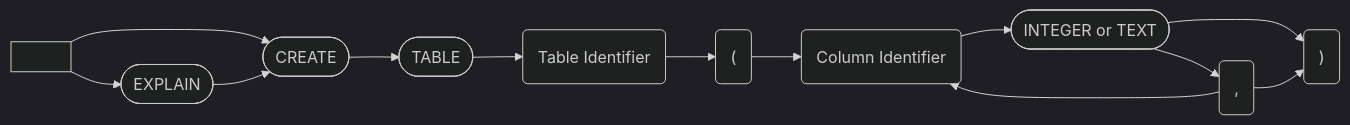
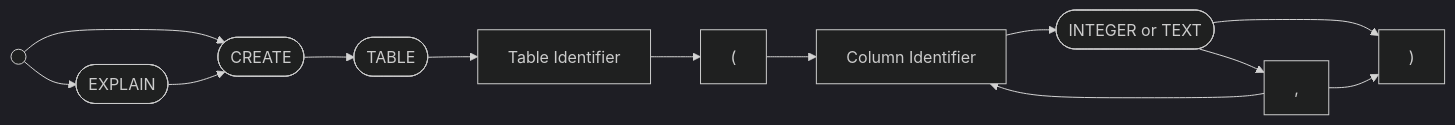
Before and after one commit to chirst/cdb: the second of 4 diagrams in README.md, drawn with Mermaid (dark theme). The commit also changed other lines of this file and 26 other files, not shown here.

````diff
--- a/README.md
+++ b/README.md
@@ -26,26 +27,26 @@
 ```mermaid
-flowchart LR
-begin[ ]
+graph LR
+begin(( ))
 explain([EXPLAIN])
 create([CREATE])
 table([TABLE])
 colType([INTEGER or TEXT])
-lparen("(")
-colSep(",")
-rparen(")")
-tableIdent("Table Identifier")
-colIdent("Column Identifier")
+lparen["("]
+colSep[","]
+rparen[")"]
+tableIdent["Table Identifier"]
+colIdent["Column Identifier"]
 
 begin --> explain
 begin --> create
 explain --> create
 create --> table
 table --> tableIdent
 tableIdent --> lparen
 lparen --> colIdent
 colIdent --> colType
 colType --> colSep
 colType --> rparen
 colSep --> rparen
 colSep --> colIdent
 ```
````
